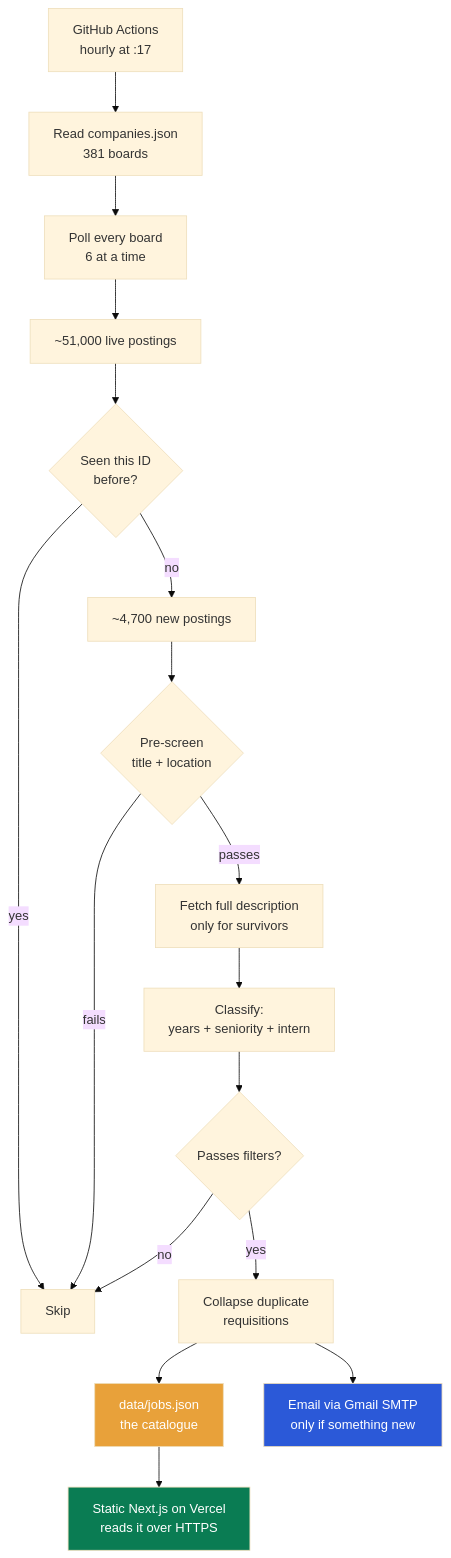
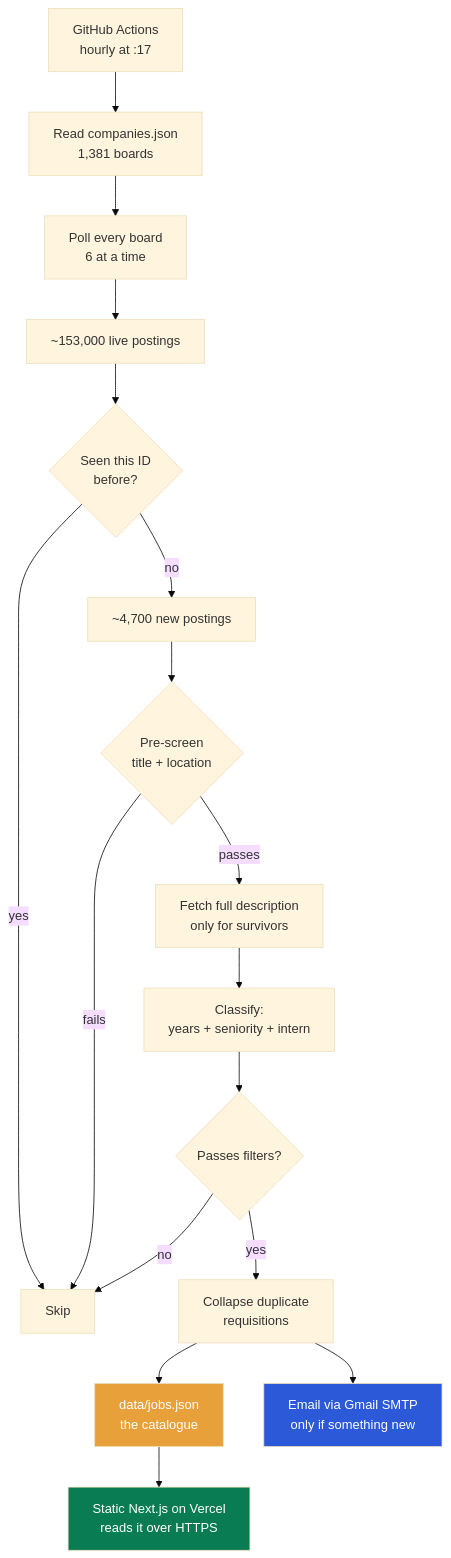
The first of 4 diagrams in ARCHITECTURE.md (smresponsibilities/jobscraper_hourly), drawn with Mermaid (base theme) before and after one commit. The commit also changed other lines of this file and 16 other files, not shown here.

````diff
--- a/ARCHITECTURE.md
+++ b/ARCHITECTURE.md
@@ -27,28 +27,28 @@
 ```mermaid
 flowchart TD
-    A["GitHub Actions<br/>hourly at :17"] --> B["Read companies.json<br/>381 boards"]
+    A["GitHub Actions<br/>hourly at :17"] --> B["Read companies.json<br/>1,381 boards"]
     B --> C["Poll every board<br/>6 at a time"]
-    C --> D["~51,000 live postings"]
+    C --> D["~153,000 live postings"]
 
     D --> E{"Seen this ID<br/>before?"}
     E -->|yes| F["Skip"]
     E -->|no| G["~4,700 new postings"]
 
     G --> H{"Pre-screen<br/>title + location"}
     H -->|fails| F
     H -->|passes| I["Fetch full description<br/>only for survivors"]
 
     I --> J["Classify:<br/>years + seniority + intern"]
     J --> K{"Passes filters?"}
     K -->|no| F
     K -->|yes| L["Collapse duplicate<br/>requisitions"]
 
     L --> M["data/jobs.json<br/>the catalogue"]
     L --> N["Email via Gmail SMTP<br/>only if something new"]
 
     M --> O["Static Next.js on Vercel<br/>reads it over HTTPS"]
 
     style N fill:#2b59d8,color:#fff
     style O fill:#0a7c53,color:#fff
     style M fill:#e8a13a,color:#fff
 ```
````
